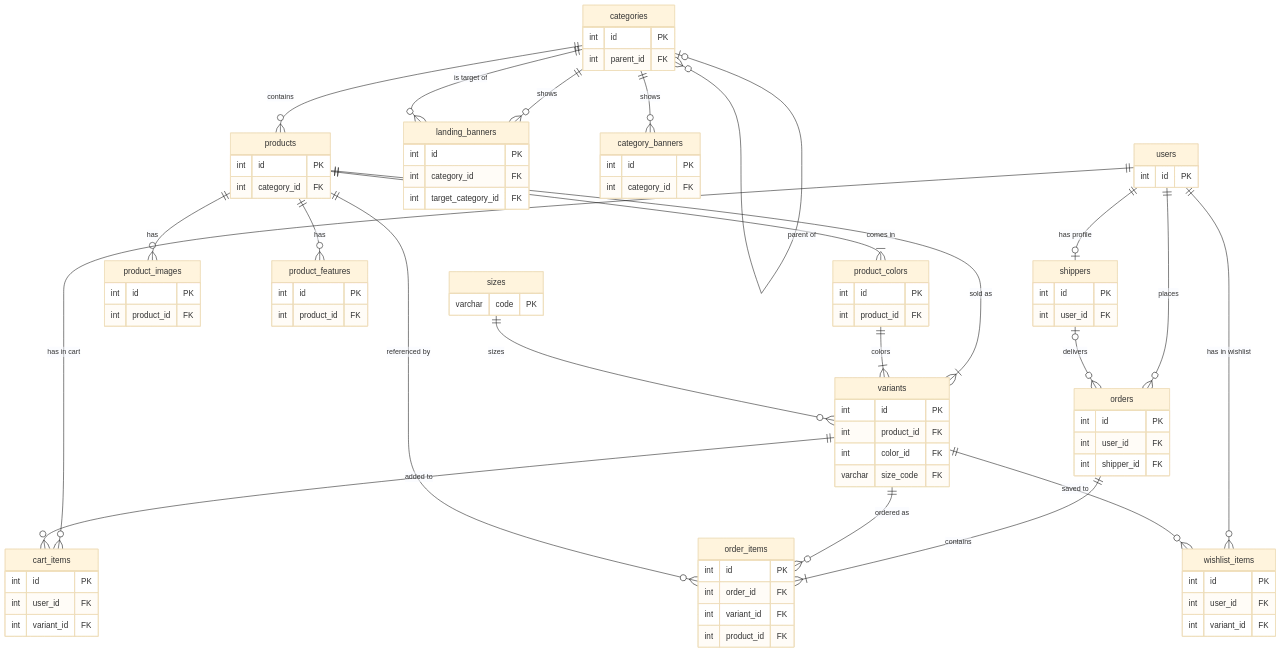
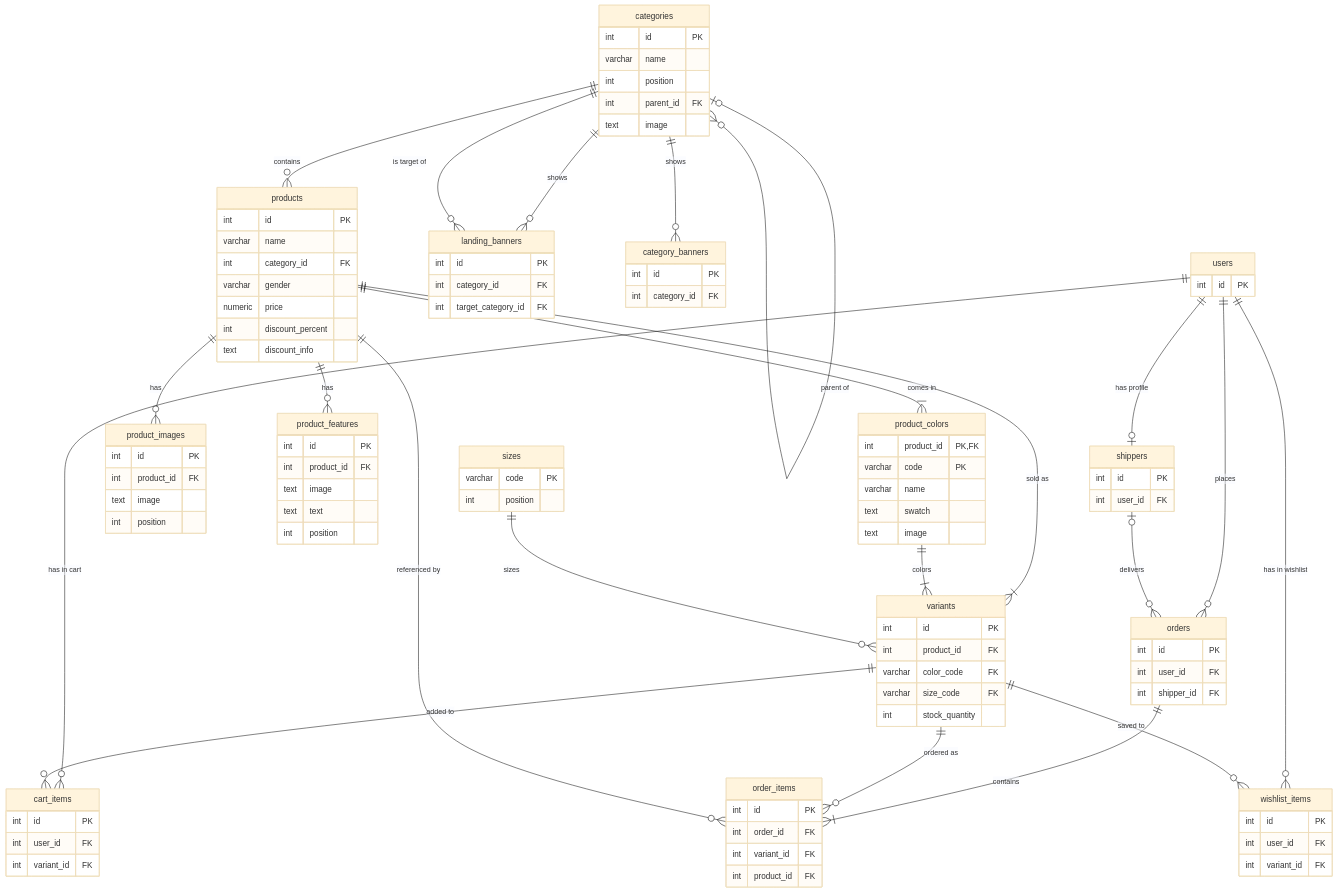
Before and after one commit to BaoLong294/ecom-oms: the diagram in docs/erd.md, drawn with Mermaid (base theme).

Commit message:
docs: add catalog columns to the ERD
- List every column of the 7 catalog tables.
- Use the composite primary key on product_colors.
- Replace variants.color_id with color_code.

```diff
--- a/docs/erd.md
+++ b/docs/erd.md
@@ -40,32 +40,50 @@
     %% Catalog tables
     categories {
         int id PK
+        varchar name
+        int position
         int parent_id FK
+        text image
     }
     products {
         int id PK
+        varchar name
         int category_id FK
+        varchar gender
+        numeric price
+        int discount_percent
+        text discount_info
     }
     product_colors {
-        int id PK
-        int product_id FK
+        int product_id PK, FK
+        varchar code PK
+        varchar name
+        text swatch
+        text image
     }
     product_images {
         int id PK
         int product_id FK
+        text image
+        int position
     }
     product_features {
         int id PK
         int product_id FK
+        text image
+        text text
+        int position
     }
     sizes {
         varchar code PK
+        int position
     }
     variants {
         int id PK
         int product_id FK
-        int color_id FK
+        varchar color_code FK
         varchar size_code FK
+        int stock_quantity
     }
 
     %% Banner tables
```
